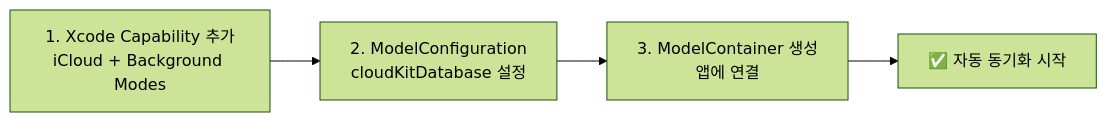
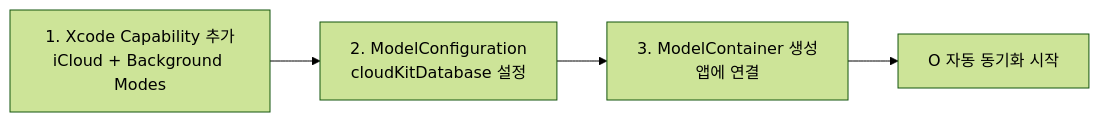
The first of 4 diagrams in 06-swiftdata/05-cloudkit.md (jsonpassion/forge-tutorial-swift), drawn with Mermaid (forest theme) before and after one commit. The commit also changed other lines of this file and 69 other files, not shown here.

````diff
--- a/06-swiftdata/05-cloudkit.md
+++ b/06-swiftdata/05-cloudkit.md
@@ -30,6 +30,6 @@
 ```mermaid
 flowchart LR
-    A["1. Xcode Capability 추가\niCloud + Background Modes"] --> B["2. ModelConfiguration\ncloudKitDatabase 설정"]
-    B --> C["3. ModelContainer 생성\n앱에 연결"]
-    C --> D["✅ 자동 동기화 시작"]
+    A["1. Xcode Capability 추가<br/>iCloud + Background Modes"] --> B["2. ModelConfiguration<br/>cloudKitDatabase 설정"]
+    B --> C["3. ModelContainer 생성<br/>앱에 연결"]
+    C --> D["O 자동 동기화 시작"]
 ```
````
